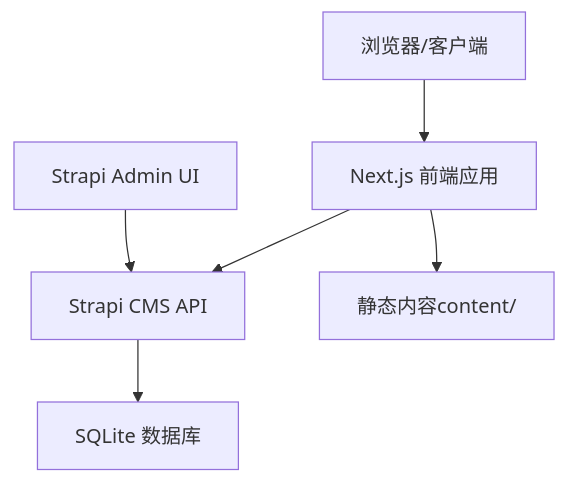
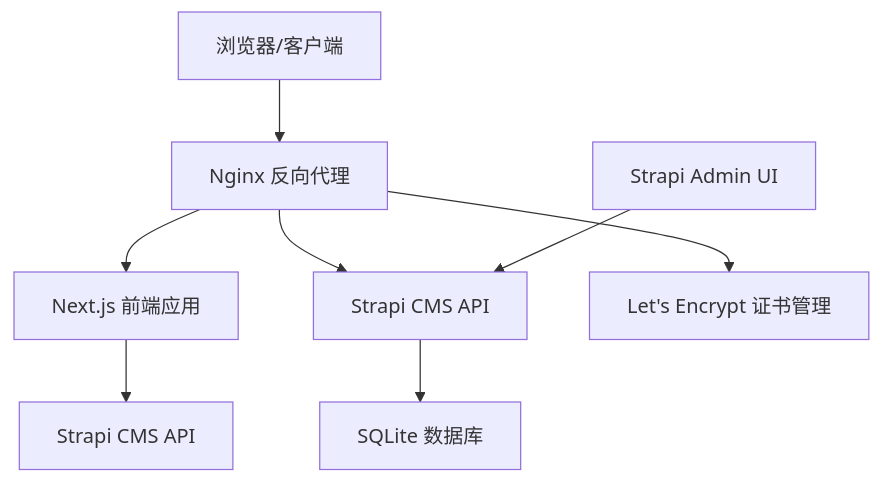
One commit to Will0253/zczk changed the second of 5 diagrams in .qoder/repowiki/zh/content/规格文档/规格文档.md. Above: the diagram before and after it, drawn with Mermaid. The commit also changed other lines of this file and 13 other files, not shown here.

````diff
--- a/.qoder/repowiki/zh/content/规格文档/规格文档.md
+++ b/.qoder/repowiki/zh/content/规格文档/规格文档.md
@@ -120,8 +149,10 @@
 ```mermaid
 graph TB
-Client["浏览器/客户端"] --> NextJS["Next.js 前端应用"]
-NextJS --> StrapiAPI["Strapi CMS API"]
-StrapiAPI --> SQLite["SQLite 数据库"]
-AdminUI["Strapi Admin UI"] --> StrapiAPI
-NextJS --> StaticContent["静态内容content/"]
+Client["浏览器/客户端"] --> Nginx["Nginx 反向代理"]
+Nginx --> Frontend["Next.js 前端应用"]
+Nginx --> Backend["Strapi CMS API"]
+Frontend --> StrapiAPI["Strapi CMS API"]
+Backend --> SQLite["SQLite 数据库"]
+AdminUI["Strapi Admin UI"] --> Backend
+Nginx --> Certbot["Let's Encrypt 证书管理"]
 ```
````
